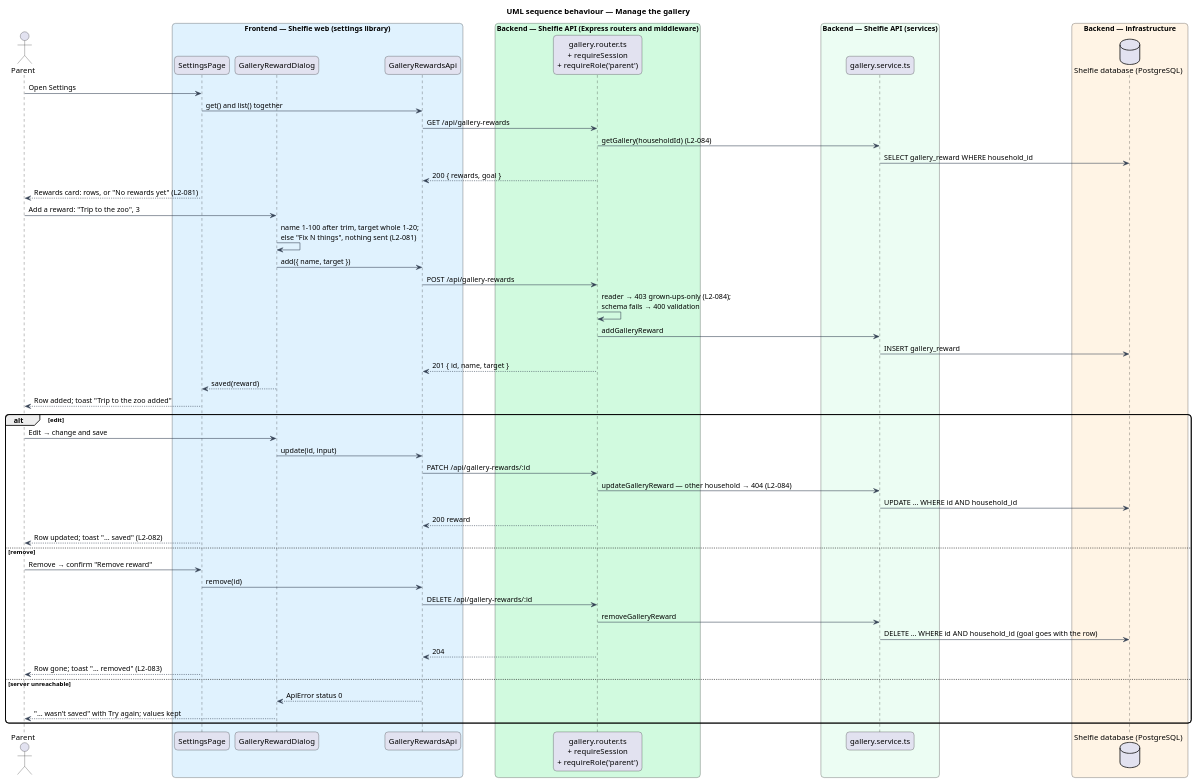
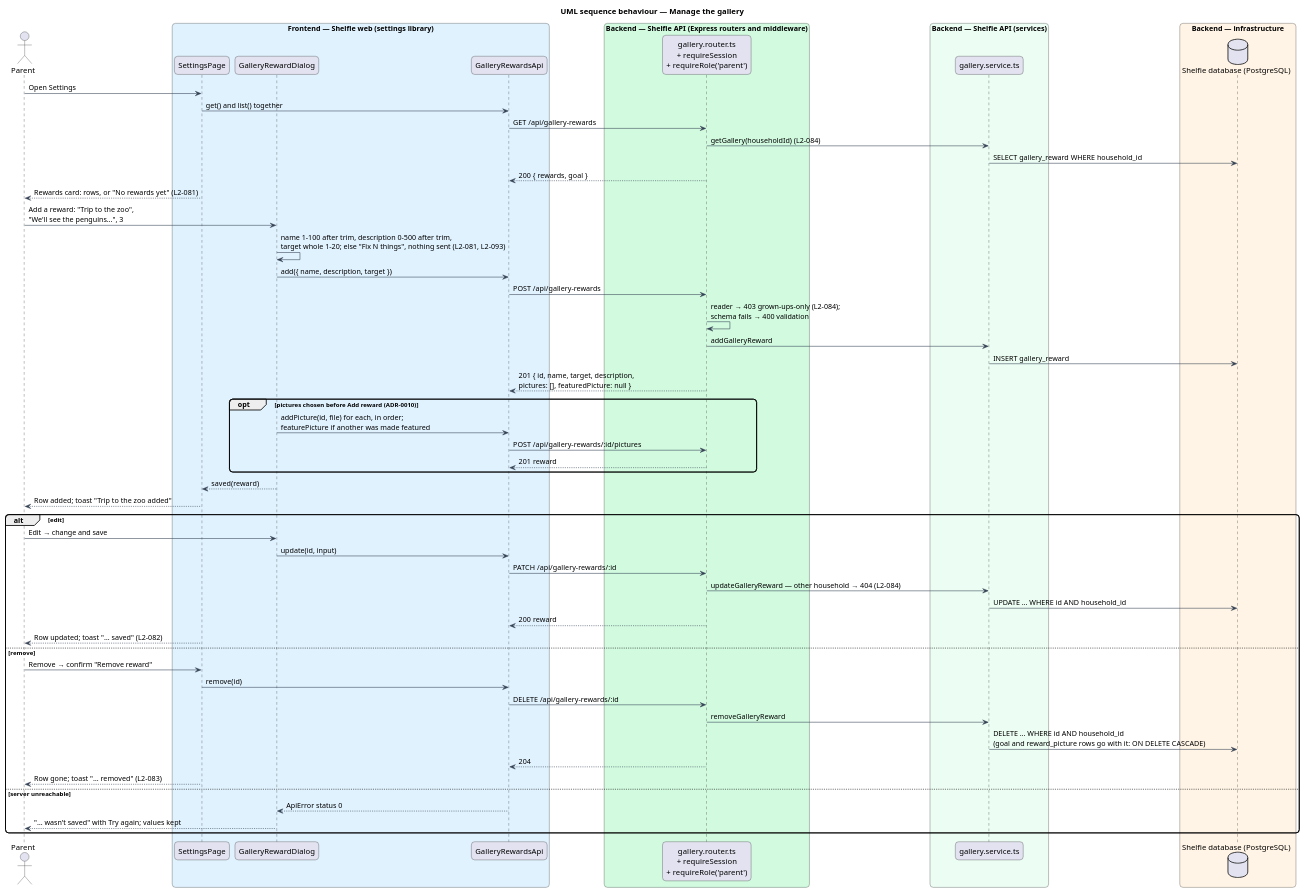
Before and after one commit to QuinntyneBrown/shelfie: the diagram in docs/detailed-designs/review/reward-gallery/diagrams/sequence-manage-gallery.puml, drawn with PlantUML. The commit also changed 10 other files, not shown here.

First line of the commit message:
Design reward descriptions and pictures: migration 006, picture routes, components, diagrams and ADR-0010

```diff
--- a/docs/detailed-designs/review/reward-gallery/diagrams/sequence-manage-gallery.puml
+++ b/docs/detailed-designs/review/reward-gallery/diagrams/sequence-manage-gallery.puml
@@ -1,61 +1,66 @@
 @startuml
 title UML sequence behaviour — Manage the gallery
 skinparam backgroundColor #FFFFFF
 skinparam shadowing false
 skinparam roundcorner 12
 skinparam defaultFontName Arial
 skinparam ArrowColor #344054
 actor "Parent" as parent
 box "Frontend — Shelfie web (settings library)" #E0F2FE
   participant "SettingsPage" as page
   participant "GalleryRewardDialog" as dialog
   participant "GalleryRewardsApi" as client
 end box
 box "Backend — Shelfie API (Express routers and middleware)" #D1FADF
   participant "gallery.router.ts\n+ requireSession\n+ requireRole('parent')" as router
 end box
 box "Backend — Shelfie API (services)" #ECFDF3
   participant "gallery.service.ts" as service
 end box
 box "Backend — infrastructure" #FFF4E5
   database "Shelfie database (PostgreSQL)" as db
 end box
 
 parent -> page : Open Settings
 page -> client : get() and list() together
 client -> router : GET /api/gallery-rewards
 router -> service : getGallery(householdId) (L2-084)
 service -> db : SELECT gallery_reward WHERE household_id
 router --> client : 200 { rewards, goal }
 page --> parent : Rewards card: rows, or "No rewards yet" (L2-081)
-parent -> dialog : Add a reward: "Trip to the zoo", 3
-dialog -> dialog : name 1–100 after trim, target whole 1–20;\nelse "Fix N things", nothing sent (L2-081)
-dialog -> client : add({ name, target })
+parent -> dialog : Add a reward: "Trip to the zoo",\n"We'll see the penguins…", 3
+dialog -> dialog : name 1–100 after trim, description 0–500 after trim,\ntarget whole 1–20; else "Fix N things", nothing sent (L2-081, L2-093)
+dialog -> client : add({ name, description, target })
 client -> router : POST /api/gallery-rewards
 router -> router : reader → 403 grown-ups-only (L2-084);\nschema fails → 400 validation
 router -> service : addGalleryReward
 service -> db : INSERT gallery_reward
-router --> client : 201 { id, name, target }
+router --> client : 201 { id, name, target, description,\npictures: [], featuredPicture: null }
+opt pictures chosen before Add reward (ADR-0010)
+  dialog -> client : addPicture(id, file) for each, in order;\nfeaturePicture if another was made featured
+  client -> router : POST /api/gallery-rewards/:id/pictures
+  router --> client : 201 reward
+end
 dialog --> page : saved(reward)
 page --> parent : Row added; toast "Trip to the zoo added"
 alt edit
   parent -> dialog : Edit → change and save
   dialog -> client : update(id, input)
   client -> router : PATCH /api/gallery-rewards/:id
   router -> service : updateGalleryReward — other household → 404 (L2-084)
   service -> db : UPDATE … WHERE id AND household_id
   router --> client : 200 reward
   page --> parent : Row updated; toast "… saved" (L2-082)
 else remove
   parent -> page : Remove → confirm "Remove reward"
   page -> client : remove(id)
   client -> router : DELETE /api/gallery-rewards/:id
   router -> service : removeGalleryReward
-  service -> db : DELETE … WHERE id AND household_id (goal goes with the row)
+  service -> db : DELETE … WHERE id AND household_id\n(goal and reward_picture rows go with it: ON DELETE CASCADE)
   router --> client : 204
   page --> parent : Row gone; toast "… removed" (L2-083)
 else server unreachable
   client --> dialog : ApiError status 0
   dialog --> parent : "… wasn’t saved" with Try again; values kept
 end
 @enduml
```
